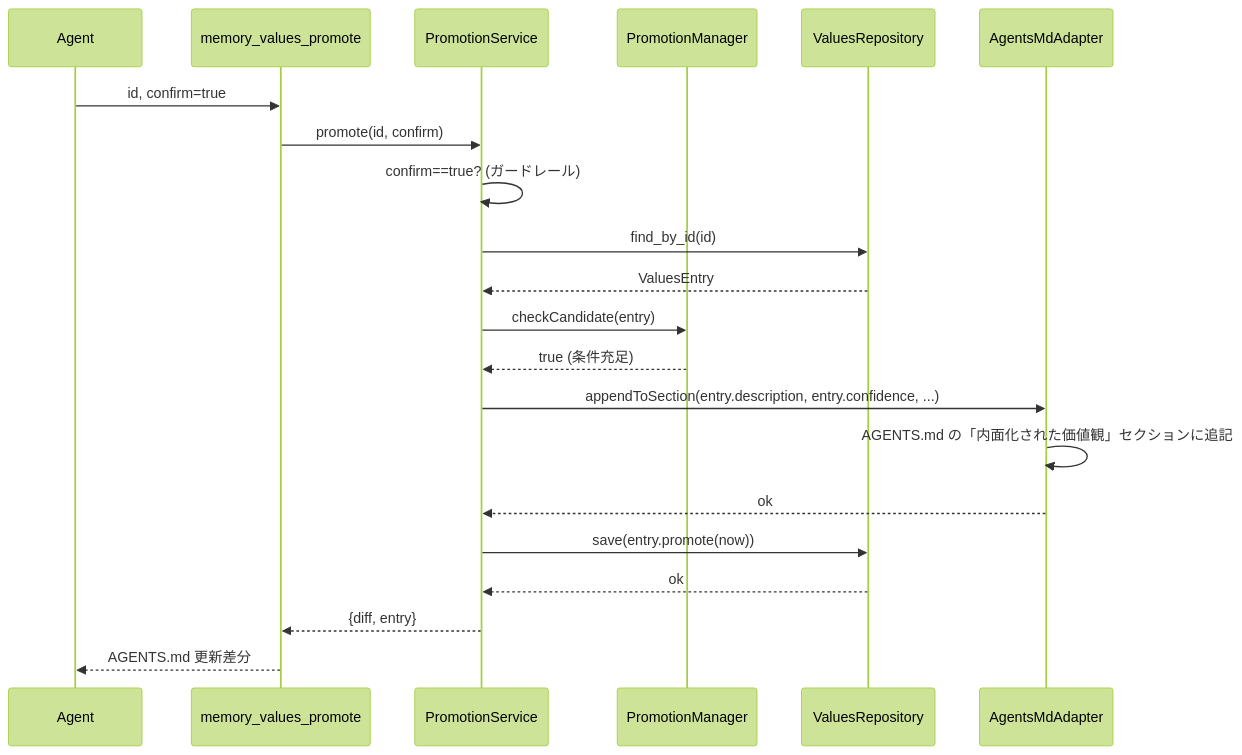
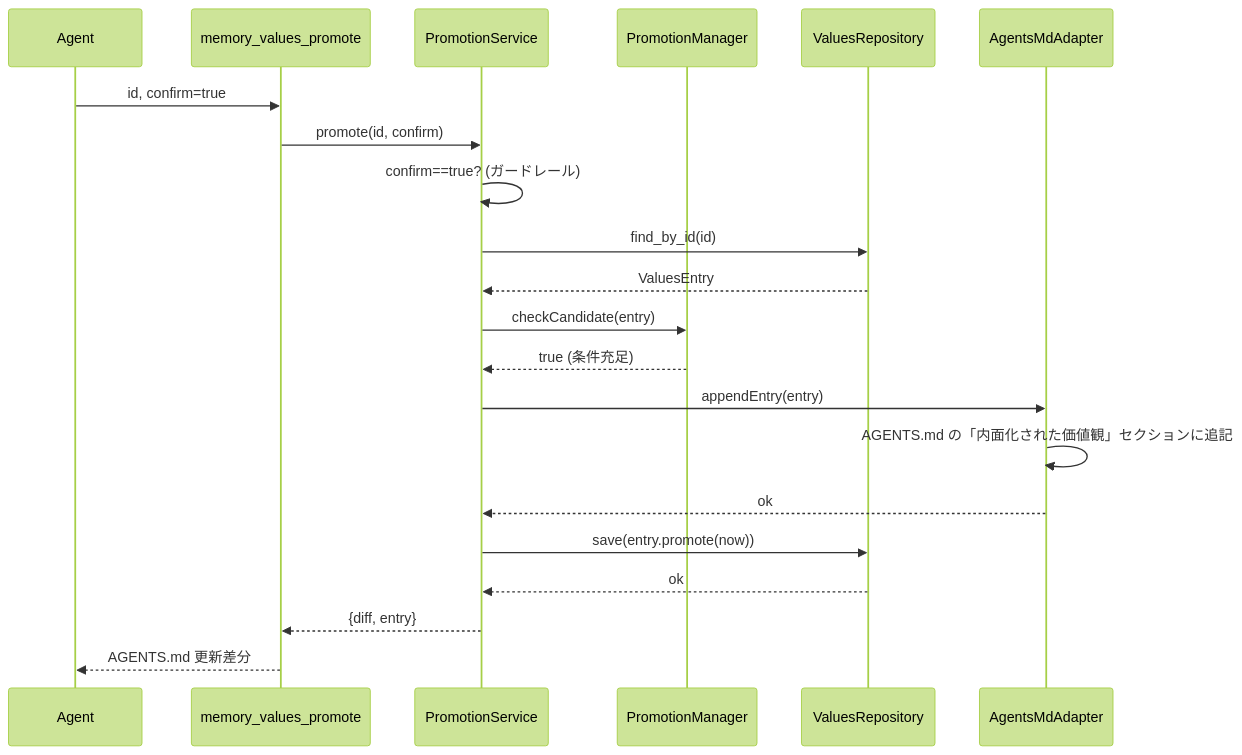
Before and after one commit to RK0429/agentic-memory: the fifth of 6 diagrams in docs/design/ARCHITECTURE-knowledge-values.md, drawn with Mermaid (forest theme). The commit also changed other lines of this file and 2 other files, not shown here.

````diff
--- a/docs/design/ARCHITECTURE-knowledge-values.md
+++ b/docs/design/ARCHITECTURE-knowledge-values.md
@@ -279,24 +279,24 @@
 ```mermaid
 sequenceDiagram
     participant A as Agent
     participant PT as memory_values_promote
     participant PS as PromotionService
     participant PM as PromotionManager
     participant VR as ValuesRepository
     participant AA as AgentsMdAdapter
 
     A->>PT: id, confirm=true
     PT->>PS: promote(id, confirm)
     PS->>PS: confirm==true? (ガードレール)
     PS->>VR: find_by_id(id)
     VR-->>PS: ValuesEntry
     PS->>PM: checkCandidate(entry)
     PM-->>PS: true (条件充足)
-    PS->>AA: appendToSection(entry.description, entry.confidence, ...)
+    PS->>AA: appendEntry(entry)
     AA->>AA: AGENTS.md の「内面化された価値観」セクションに追記
     AA-->>PS: ok
     PS->>VR: save(entry.promote(now))
     VR-->>PS: ok
     PS-->>PT: {diff, entry}
     PT-->>A: AGENTS.md 更新差分
 ```
````
